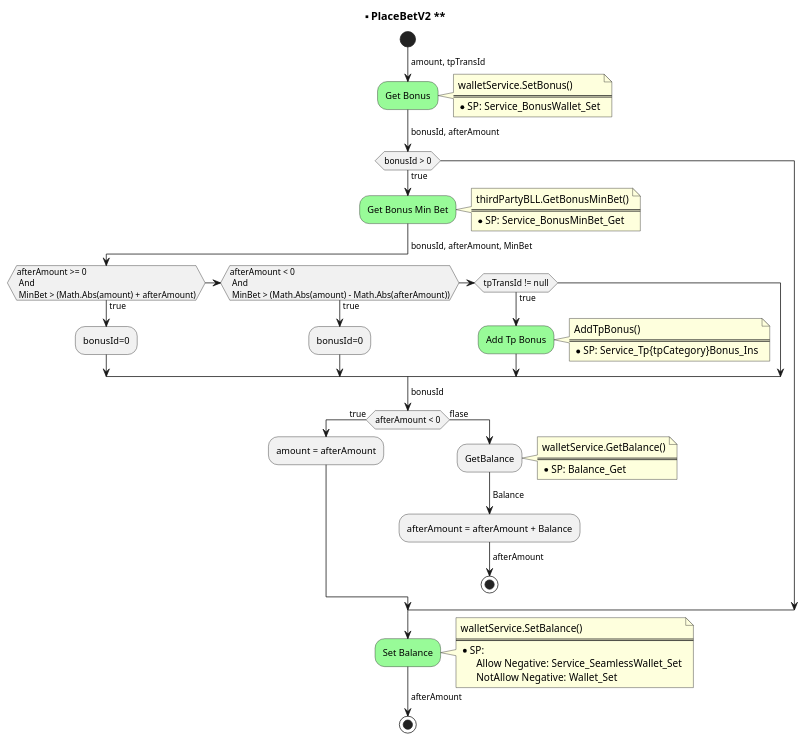
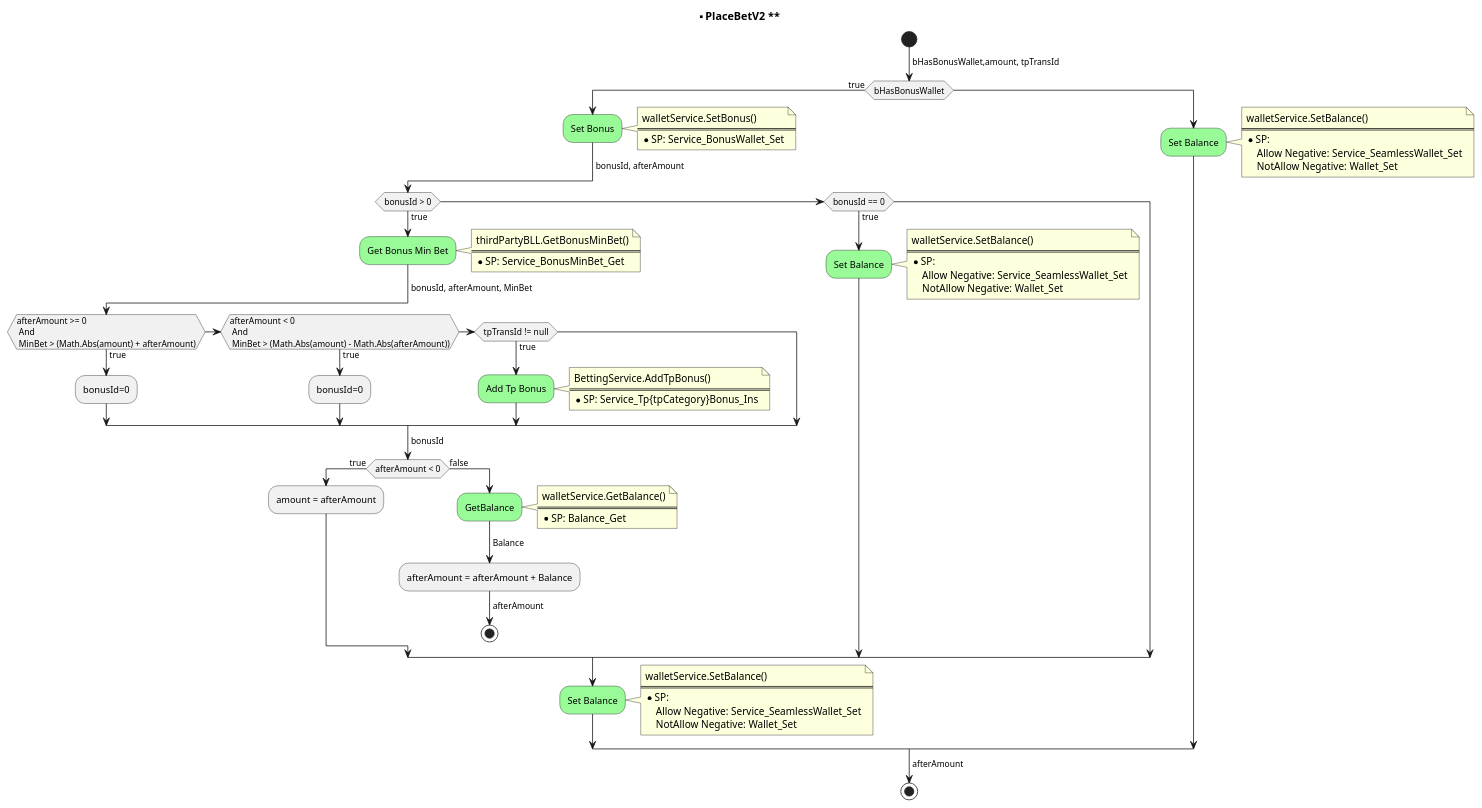
The diagram in PlaceBetV2.puml (starixvn/S1_backend_uml), drawn with PlantUML before and after one commit. The commit also changed 6 other files, not shown here.

```diff
--- a/PlaceBetV2.puml
+++ b/PlaceBetV2.puml
@@ -1,70 +1,86 @@
 @startuml PlaceBetV2
 title ** PlaceBetV2 **
 skinparam ConditionEndStyle hline
 start
--> amount, tpTransId;
-#PaleGreen:Get Bonus;
-note right
-  walletService.SetBonus()
-  ====
-  * SP: Service_BonusWallet_Set
-end note
--> bonusId, afterAmount;
-if (bonusId > 0) then (true)
+-> bHasBonusWallet,amount, tpTransId;
+if(bHasBonusWallet) then (true)
 
-#PaleGreen:Get Bonus Min Bet;
-note right
-  thirdPartyBLL.GetBonusMinBet()
-  ====
-  * SP: Service_BonusMinBet_Get
-end note
--> bonusId, afterAmount, MinBet;
+  #PaleGreen:Set Bonus;
+  note right
+    walletService.SetBonus()
+    ====
+    * SP: Service_BonusWallet_Set
+  end note
+  -> bonusId, afterAmount;
+  if (bonusId > 0) then (true)
 
-if (afterAmount >= 0 \n And \n MinBet > (Math.Abs(amount) + afterAmount)) then (true)
-  :bonusId=0;
-elseif (afterAmount < 0  \n And \n MinBet > (Math.Abs(amount) - Math.Abs(afterAmount))) then (true)
-  :bonusId=0;
-elseif (tpTransId != null) then (true)
-  #PaleGreen:Add Tp Bonus;
+    #PaleGreen:Get Bonus Min Bet;
+    note right
+      thirdPartyBLL.GetBonusMinBet()
+      ====
+      * SP: Service_BonusMinBet_Get
+    end note
+    -> bonusId, afterAmount, MinBet;
+
+    if (afterAmount >= 0 \n And \n MinBet > (Math.Abs(amount) + afterAmount)) then (true)
+      :bonusId=0;
+    elseif (afterAmount < 0  \n And \n MinBet > (Math.Abs(amount) - Math.Abs(afterAmount))) then (true)
+      :bonusId=0;
+    elseif (tpTransId != null) then (true)
+      #PaleGreen:Add Tp Bonus;
+      note right
+      BettingService.AddTpBonus()
+      ====
+      * SP: Service_Tp{tpCategory}Bonus_Ins
+      end note
+    endif
+    
+    -> bonusId;
+
+    if (afterAmount < 0) then (true)
+    :amount = afterAmount;
+    else (false)
+        #PaleGreen:GetBalance;
+          note right
+          walletService.GetBalance()
+          ====
+          * SP: Balance_Get
+        end note
+        -> Balance;
+        :afterAmount = afterAmount + Balance;
+        -> afterAmount;
+        stop
+    endif
+    
+  elseif (bonusId == 0) then(true)
+      #PaleGreen:Set Balance;
+      note right
+      walletService.SetBalance()
+      ====
+      * SP: 
+          Allow Negative: Service_SeamlessWallet_Set
+          NotAllow Negative: Wallet_Set
+      end note
+  endif
+
+  #PaleGreen:Set Balance;
   note right
-    AddTpBonus()
-    ====
-    * SP: Service_Tp{tpCategory}Bonus_Ins
-  end note
-endif
--> bonusId;
-
-if (afterAmount < 0) then (true)
-  :amount = afterAmount;
-else (flase)
-  :GetBalance;
-    note right
-    walletService.GetBalance()
-    ====
-    * SP: Balance_Get
-  end note
-  -> Balance;
-  :afterAmount = afterAmount + Balance;
-  -> afterAmount;
-  stop
-endif
-
-
-
-
-
-
-
-endif
-
-#PaleGreen:Set Balance;
-note right
   walletService.SetBalance()
   ====
   * SP: 
-        Allow Negative: Service_SeamlessWallet_Set
-        NotAllow Negative: Wallet_Set
-end note
+      Allow Negative: Service_SeamlessWallet_Set
+      NotAllow Negative: Wallet_Set
+  end note
+else ()
+  #PaleGreen:Set Balance;
+  note right
+  walletService.SetBalance()
+  ====
+  * SP: 
+      Allow Negative: Service_SeamlessWallet_Set
+      NotAllow Negative: Wallet_Set
+  end note
+endif
 -> afterAmount;
   stop
 @enduml
```
